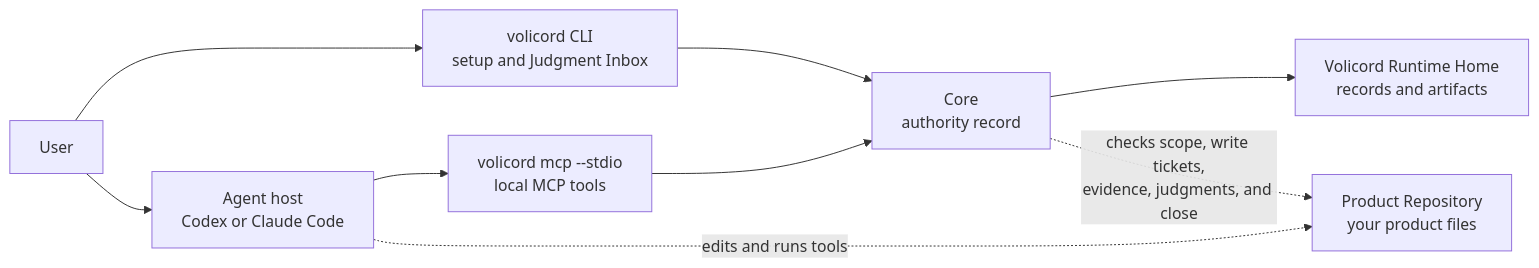
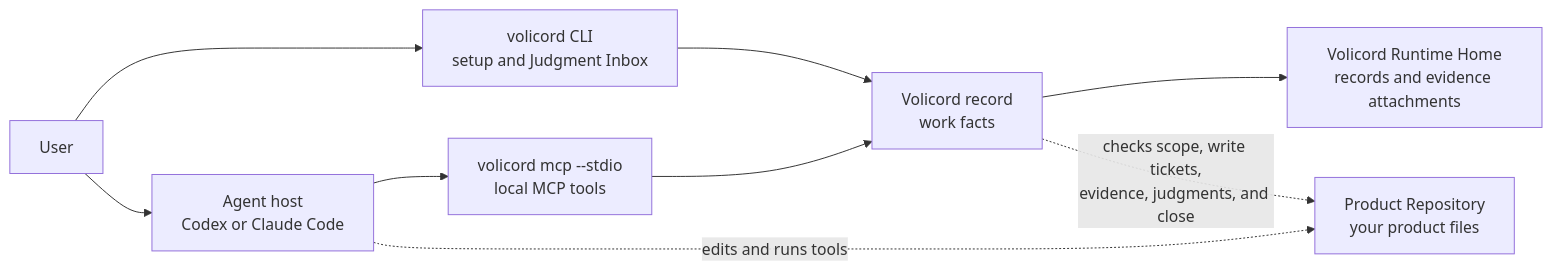
One commit to minjungw00/Volicord changed the first of 2 diagrams in README.md. Above: the diagram before and after it, drawn with Mermaid. The commit also changed other lines of this file and 65 other files, not shown here.

````diff
--- a/README.md
+++ b/README.md
@@ -70,19 +68,19 @@
 ```mermaid
 flowchart LR
   user["User"]
   host["Agent host<br/>Codex or Claude Code"]
   mcp["volicord mcp --stdio<br/>local MCP tools"]
-  core["Core<br/>authority record"]
-  runtime["Volicord Runtime Home<br/>records and artifacts"]
+  record["Volicord record<br/>work facts"]
+  runtime["Volicord Runtime Home<br/>records and evidence attachments"]
   repo["Product Repository<br/>your product files"]
   cli["volicord CLI<br/>setup and Judgment Inbox"]
 
   user --> host
   host --> mcp
-  mcp --> core
-  core --> runtime
+  mcp --> record
+  record --> runtime
   user --> cli
-  cli --> core
+  cli --> record
   host -. edits and runs tools .-> repo
-  core -. checks scope, write tickets,<br/>evidence, judgments, and close .-> repo
+  record -. checks scope, write tickets,<br/>evidence, judgments, and close .-> repo
 ```
````
